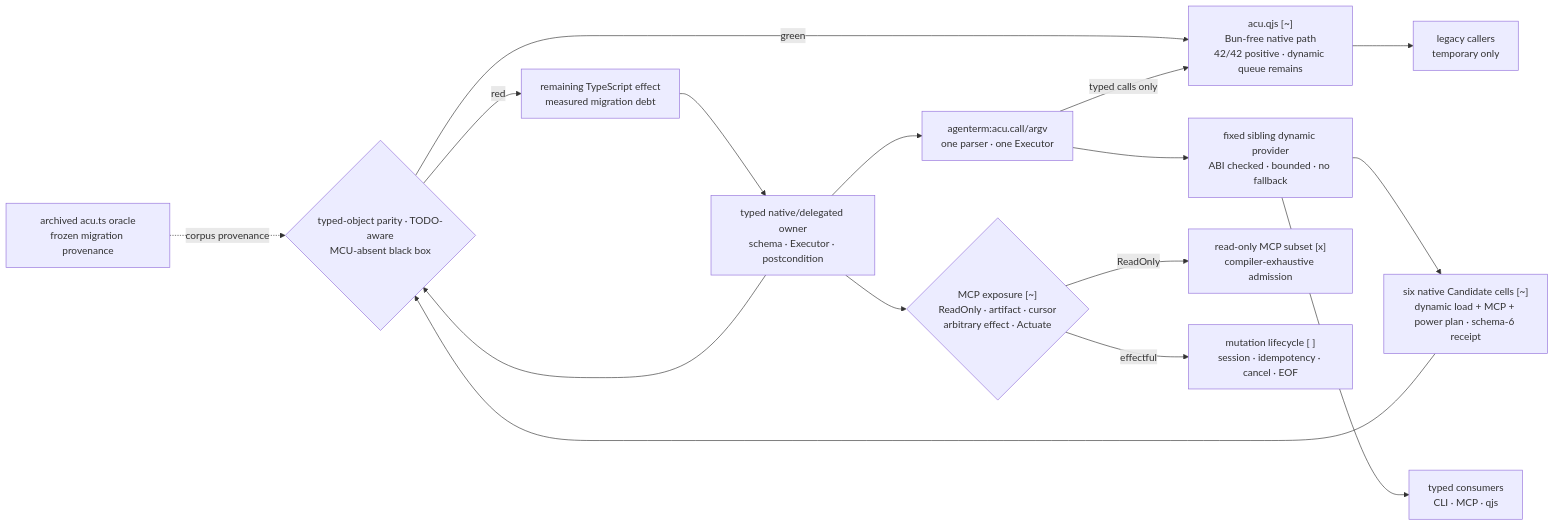
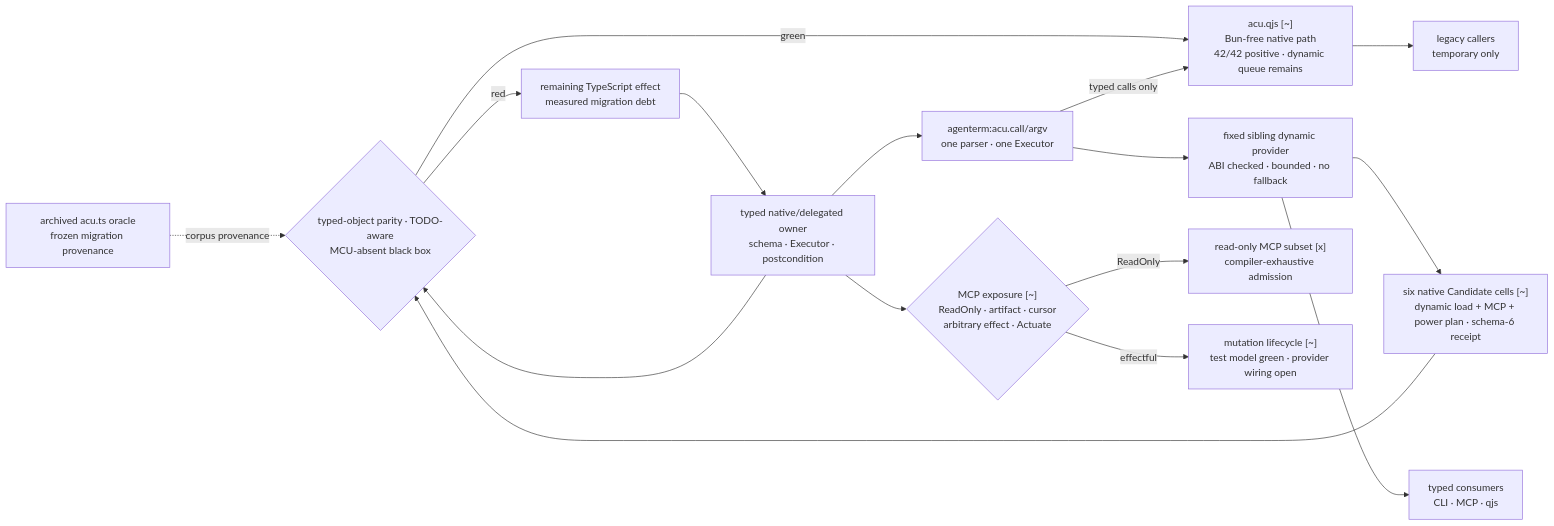
One commit to partnernetsoftware/agenterm changed the first of 22 diagrams in prd/PRD_02_28_agenterm_cu.md. Above: the diagram before and after it, drawn with Mermaid. The commit also changed 4 other files, not shown here.

Commit message:
test: model MCP ACU mutation lifecycle

````diff
--- a/prd/PRD_02_28_agenterm_cu.md
+++ b/prd/PRD_02_28_agenterm_cu.md
@@ -215,26 +215,26 @@
   ```mermaid
   flowchart LR
     TS["archived acu.ts oracle<br/>frozen migration provenance"]
     OWNER["typed native/delegated owner<br/>schema · Executor · postcondition"]
     OBJ["agenterm:acu.call/argv<br/>one parser · one Executor"]
     PROVIDER["fixed sibling dynamic provider<br/>ABI checked · bounded · no fallback"]
     COURT["six native Candidate cells [~]<br/>dynamic load + MCP + power plan · schema-6 receipt"]
     GATE{"typed-object parity · TODO-aware<br/>MCU-absent black box"}
     QJS["acu.qjs [~]<br/>Bun-free native path<br/>42/42 positive · dynamic queue remains"]
     USERS["typed consumers<br/>CLI · MCP · qjs"]
     MCPCLASS{"MCP exposure [~]<br/>ReadOnly · artifact · cursor<br/>arbitrary effect · Actuate"}
     MCPRO["read-only MCP subset [x]<br/>compiler-exhaustive admission"]
-    MCPMUT["mutation lifecycle [ ]<br/>session · idempotency · cancel · EOF"]
+    MCPMUT["mutation lifecycle [~]<br/>test model green · provider wiring open"]
     LEGACY["legacy callers<br/>temporary only"]
     DEBT["remaining TypeScript effect<br/>measured migration debt"]
     OWNER --> OBJ --> PROVIDER --> USERS
     OWNER --> MCPCLASS
     MCPCLASS -->|ReadOnly| MCPRO
     MCPCLASS -->|effectful| MCPMUT
     PROVIDER --> COURT --> GATE
     TS -. corpus provenance .-> GATE
     OWNER --> GATE
     GATE -->|red| DEBT --> OWNER
     GATE -->|green| QJS --> LEGACY
     OBJ -->|typed calls only| QJS
   ```
````
